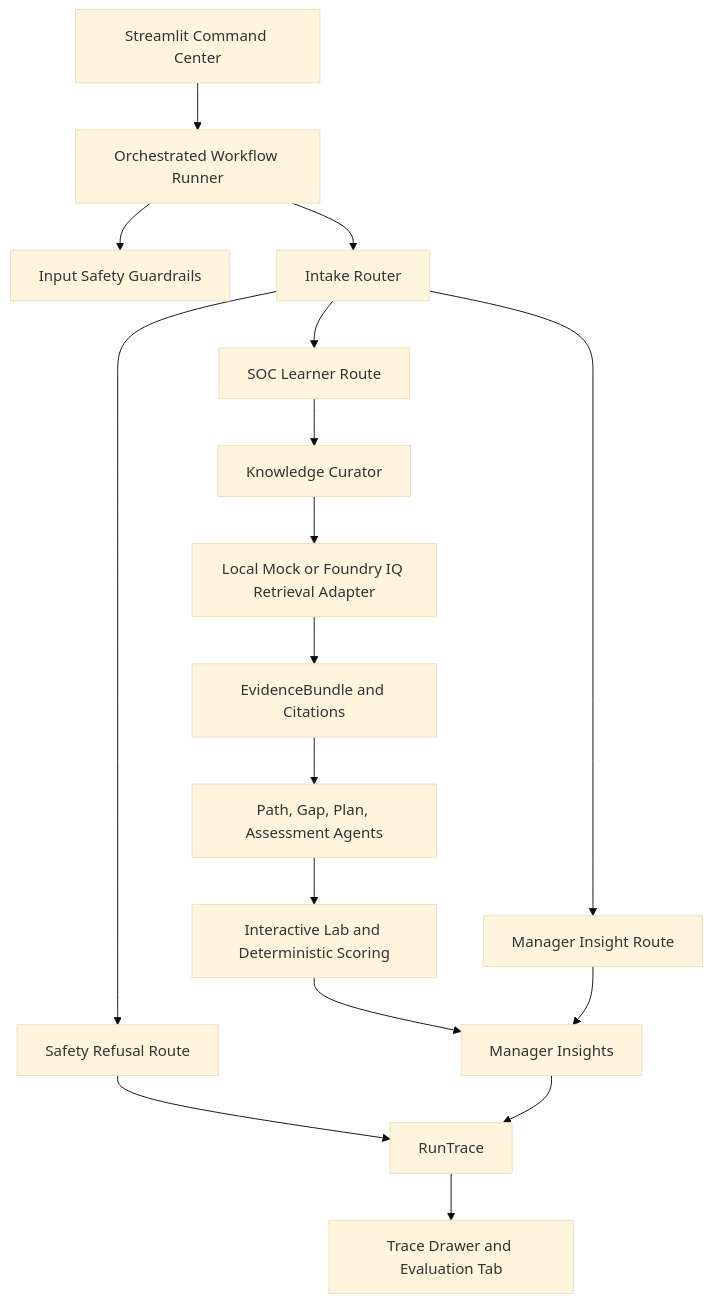
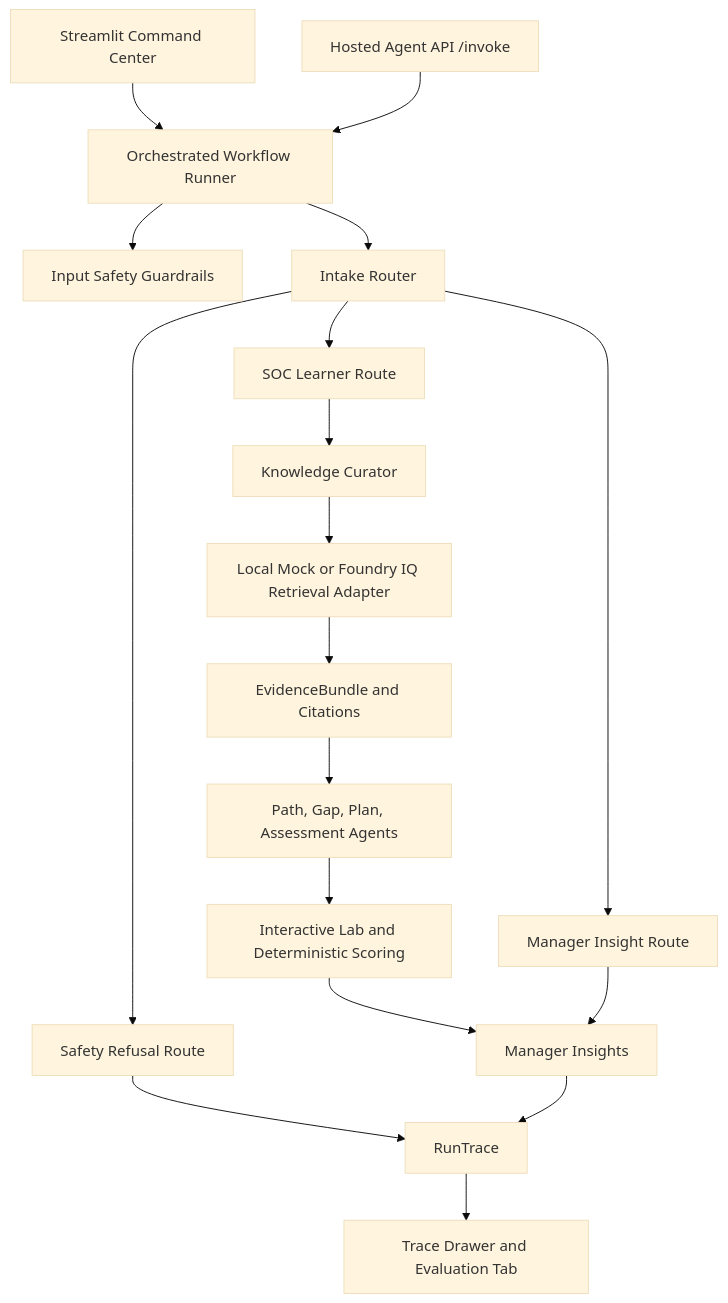
One commit to 7meninn/reasoning-cyber-certification changed the diagram in docs/architecture.md. Above: the diagram before and after it, drawn with Mermaid (base theme). The commit also changed other lines of this file and 17 other files, not shown here.

Commit message:
feat: add live Foundry setup and hosted agent packaging

````diff
--- a/docs/architecture.md
+++ b/docs/architecture.md
@@ -9,19 +9,20 @@
 ```mermaid
 flowchart TD
     Streamlit["Streamlit Command Center"] --> Workflow["Orchestrated Workflow Runner"]
+    HostedApi["Hosted Agent API /invoke"] --> Workflow
     Workflow --> Guardrails["Input Safety Guardrails"]
     Workflow --> Router["Intake Router"]
     Router --> LearnerRoute["SOC Learner Route"]
     Router --> ManagerRoute["Manager Insight Route"]
     Router --> SafetyRoute["Safety Refusal Route"]
     LearnerRoute --> Curator["Knowledge Curator"]
     Curator --> Retrieval["Local Mock or Foundry IQ Retrieval Adapter"]
     Retrieval --> Evidence["EvidenceBundle and Citations"]
     Evidence --> Reasoning["Path, Gap, Plan, Assessment Agents"]
     Reasoning --> Lab["Interactive Lab and Deterministic Scoring"]
     Lab --> ManagerInsight["Manager Insights"]
     ManagerRoute --> ManagerInsight
     SafetyRoute --> Trace["RunTrace"]
     ManagerInsight --> Trace
     Trace --> UI["Trace Drawer and Evaluation Tab"]
 ```
````
